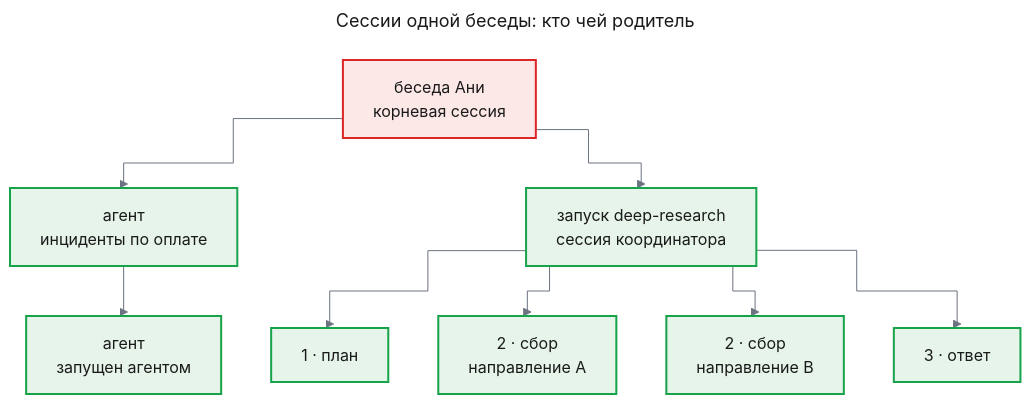
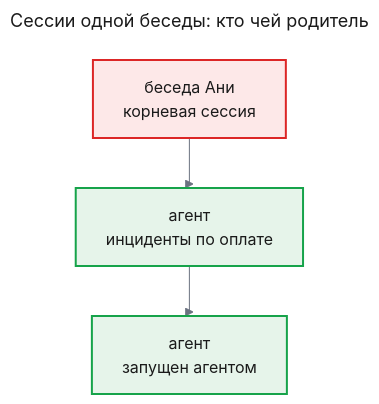
Before and after one commit to tundraray/agent-os: the second of 5 diagrams in docs/features/agent-platform/prd.md, drawn with Mermaid. The commit also changed other lines of this file and 1225 other files, not shown here.

````diff
--- a/docs/features/agent-platform/prd.md
+++ b/docs/features/agent-platform/prd.md
@@ -121,35 +99,25 @@
 ```mermaid
 ---
 title: "Сессии одной беседы: кто чей родитель"
 config:
   theme: base
   look: classic
   themeVariables:
     primaryColor: "#eef1f5"
     primaryBorderColor: "#4b5563"
     primaryTextColor: "#1a1a1a"
     lineColor: "#6b7280"
   flowchart:
     curve: step
 ---
 flowchart TD
     root["беседа Ани<br/>корневая сессия"]
     a1["агент<br/>инциденты по оплате"]
     a2["агент<br/>запущен агентом"]
-    run["запуск deep-research<br/>сессия координатора"]
-    plan["1 · план"]
-    g1["2 · сбор<br/>направление A"]
-    g2["2 · сбор<br/>направление B"]
-    ans["3 · ответ"]
     root --> a1
     a1 --> a2
-    root --> run
-    run --> plan
-    run --> g1
-    run --> g2
-    run --> ans
     classDef changed fill:#fde8e8,stroke:#dc2626,stroke-width:2px,color:#1a1a1a
     classDef new fill:#e6f4ea,stroke:#16a34a,stroke-width:2px,color:#1a1a1a
     class root changed
-    class a1,a2,run,plan,g1,g2,ans new
+    class a1,a2 new
 ```
````
